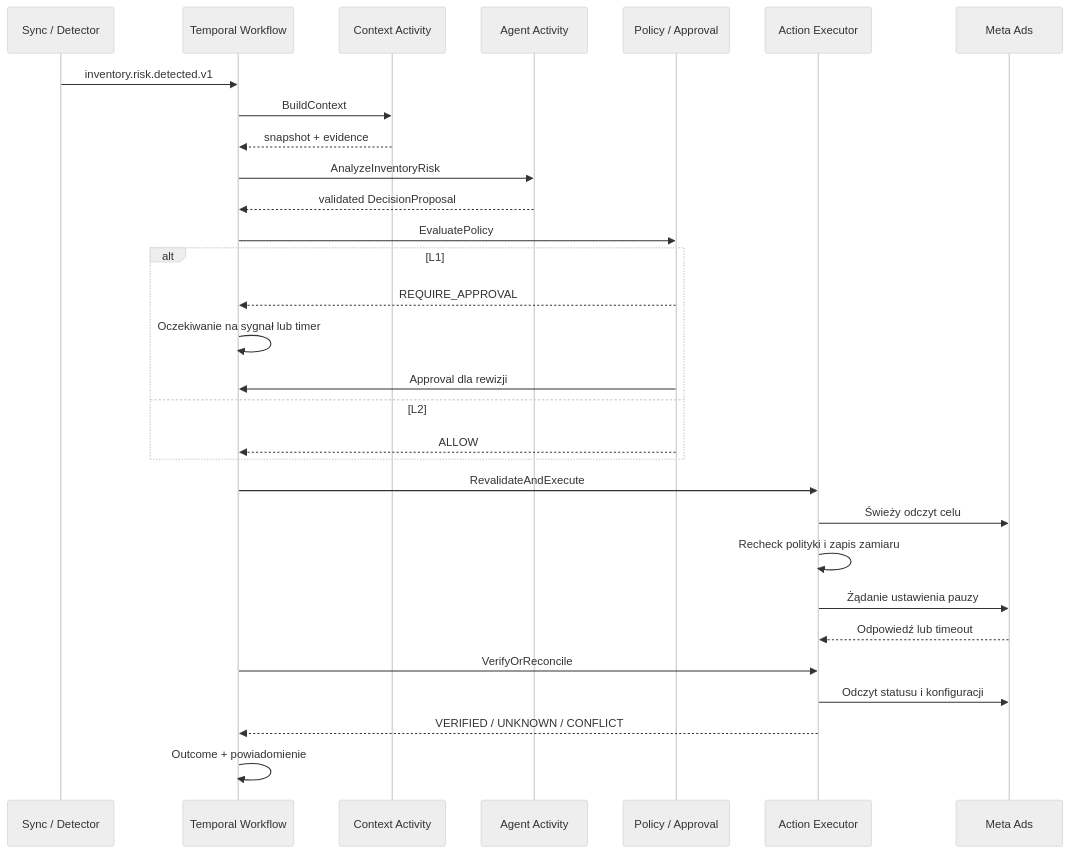
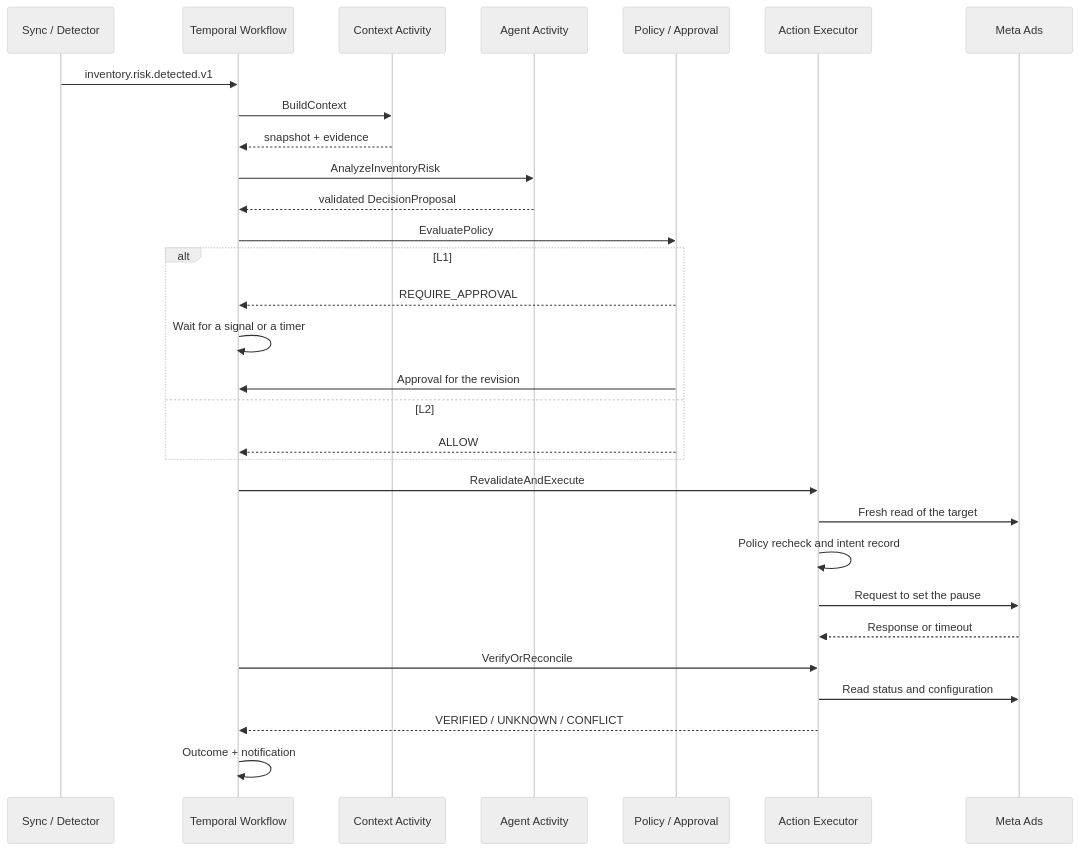
Before and after one commit to FabianLew/ecommerce-agent: the diagram in docs/architecture/03-INVENTORY-GUARDIAN-E2E.md, drawn with Mermaid (neutral theme). The commit also changed other lines of this file and 4 other files, not shown here.

First line of the commit message:
Translate architecture documents 01-05 to English

````diff
--- a/docs/architecture/03-INVENTORY-GUARDIAN-E2E.md
+++ b/docs/architecture/03-INVENTORY-GUARDIAN-E2E.md
@@ -314,32 +314,32 @@
 ```mermaid
 sequenceDiagram
   participant S as Sync / Detector
   participant W as Temporal Workflow
   participant C as Context Activity
   participant A as Agent Activity
   participant P as Policy / Approval
   participant X as Action Executor
   participant M as Meta Ads
   S->>W: inventory.risk.detected.v1
   W->>C: BuildContext
   C-->>W: snapshot + evidence
   W->>A: AnalyzeInventoryRisk
   A-->>W: validated DecisionProposal
   W->>P: EvaluatePolicy
   alt L1
     P-->>W: REQUIRE_APPROVAL
-    W->>W: Oczekiwanie na sygnał lub timer
-    P->>W: Approval dla rewizji
+    W->>W: Wait for a signal or a timer
+    P->>W: Approval for the revision
   else L2
     P-->>W: ALLOW
   end
   W->>X: RevalidateAndExecute
-  X->>M: Świeży odczyt celu
-  X->>X: Recheck polityki i zapis zamiaru
-  X->>M: Żądanie ustawienia pauzy
-  M-->>X: Odpowiedź lub timeout
+  X->>M: Fresh read of the target
+  X->>X: Policy recheck and intent record
+  X->>M: Request to set the pause
+  M-->>X: Response or timeout
   W->>X: VerifyOrReconcile
-  X->>M: Odczyt statusu i konfiguracji
+  X->>M: Read status and configuration
   X-->>W: VERIFIED / UNKNOWN / CONFLICT
-  W->>W: Outcome + powiadomienie
+  W->>W: Outcome + notification
 ```
````
